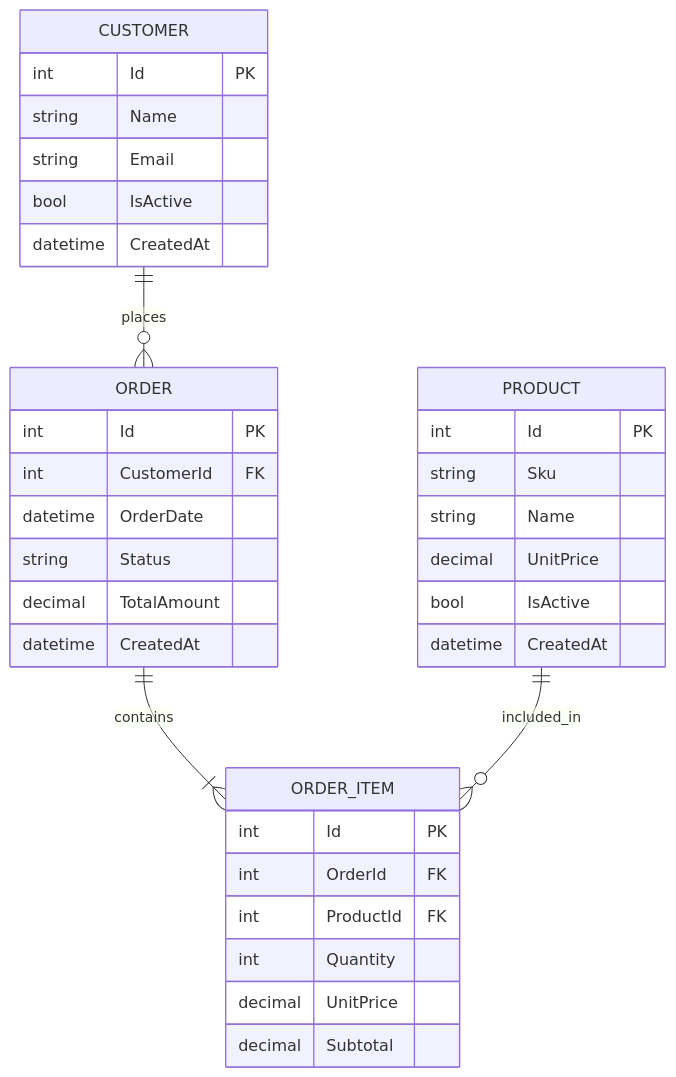
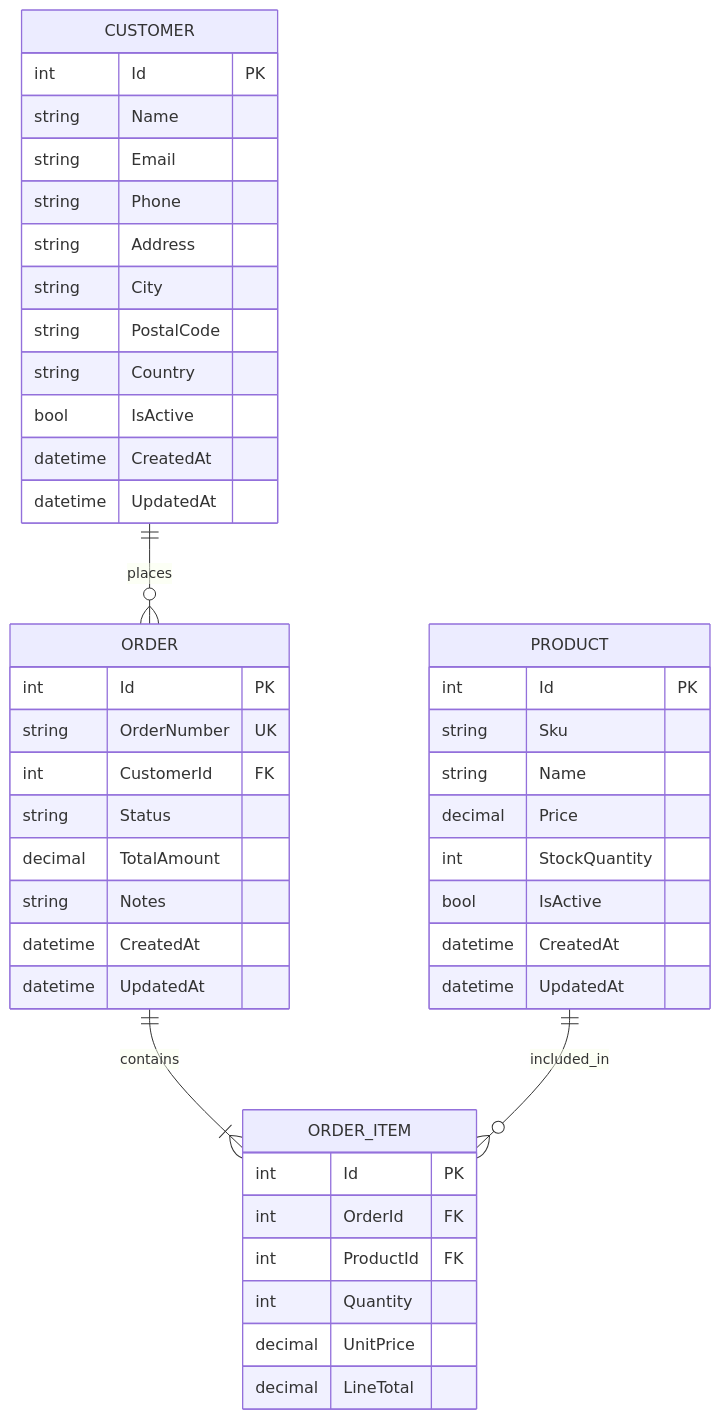
One commit to arielmagana/OrderManagmentAPI changed the second of 9 diagrams in docs/architecture.md. Above: the diagram before and after it, drawn with Mermaid. The commit also changed 17 other files, not shown here.

````diff
--- a/docs/architecture.md
+++ b/docs/architecture.md
@@ -202,41 +202,51 @@
 ```mermaid
 erDiagram
     CUSTOMER ||--o{ ORDER : places
     ORDER ||--|{ ORDER_ITEM : contains
     PRODUCT ||--o{ ORDER_ITEM : included_in
 
     CUSTOMER {
         int Id PK
         string Name
         string Email
+        string Phone
+        string Address
+        string City
+        string PostalCode
+        string Country
         bool IsActive
         datetime CreatedAt
+        datetime UpdatedAt
     }
 
     ORDER {
         int Id PK
+        string OrderNumber UK
         int CustomerId FK
-        datetime OrderDate
         string Status
         decimal TotalAmount
+        string Notes
         datetime CreatedAt
+        datetime UpdatedAt
     }
 
     ORDER_ITEM {
         int Id PK
         int OrderId FK
         int ProductId FK
         int Quantity
         decimal UnitPrice
-        decimal Subtotal
+        decimal LineTotal
     }
 
     PRODUCT {
         int Id PK
         string Sku
         string Name
-        decimal UnitPrice
+        decimal Price
+        int StockQuantity
         bool IsActive
         datetime CreatedAt
+        datetime UpdatedAt
     }
 ```
````
